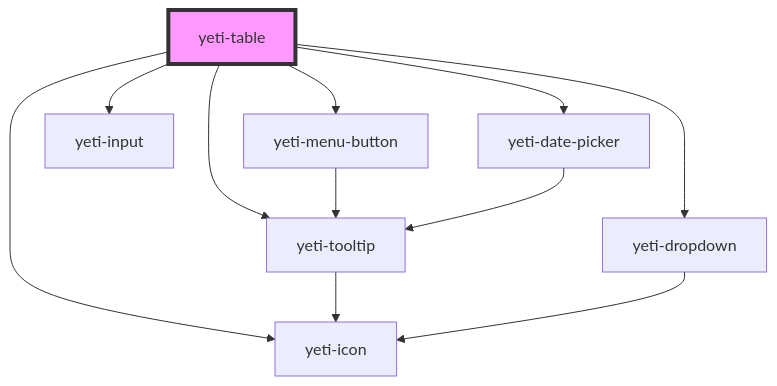
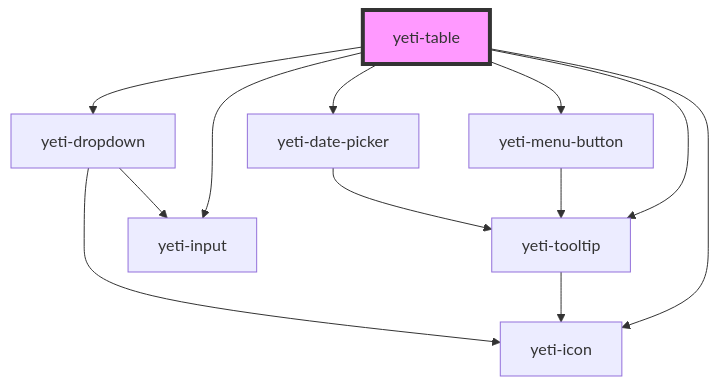
Before and after one commit to msoltvedt/yeti: the diagram in src/components/yeti-table/readme.md, drawn with Mermaid. The commit also changed 99 other files, not shown here.

````diff
--- a/src/components/yeti-table/readme.md
+++ b/src/components/yeti-table/readme.md
@@ -48,14 +48,15 @@
 ```mermaid
 graph TD;
   yeti-table --> yeti-icon
   yeti-table --> yeti-menu-button
   yeti-table --> yeti-tooltip
   yeti-table --> yeti-input
   yeti-table --> yeti-date-picker
   yeti-table --> yeti-dropdown
   yeti-menu-button --> yeti-tooltip
   yeti-tooltip --> yeti-icon
   yeti-date-picker --> yeti-tooltip
+  yeti-dropdown --> yeti-input
   yeti-dropdown --> yeti-icon
   style yeti-table fill:#f9f,stroke:#333,stroke-width:4px
 ```
````
